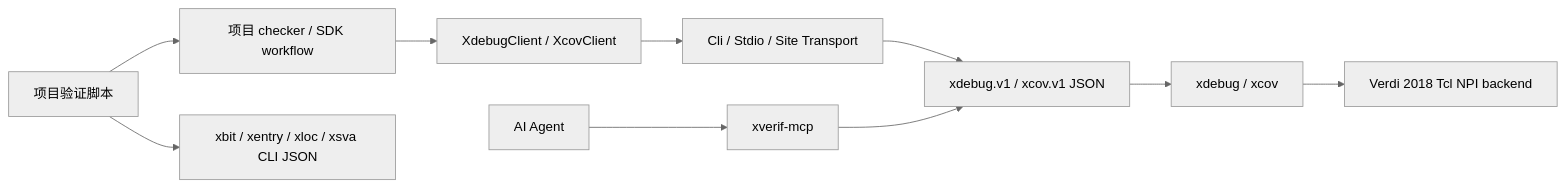
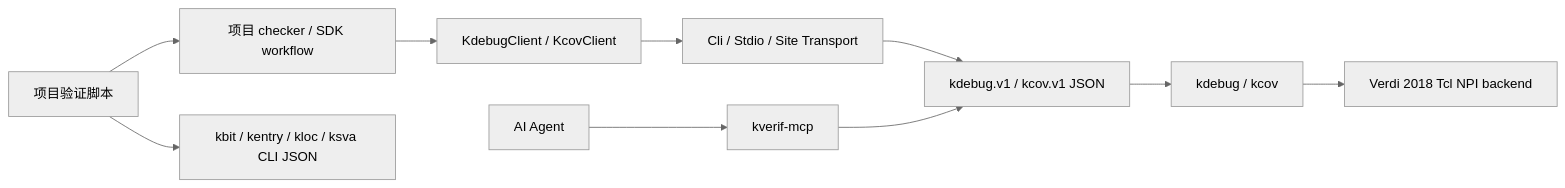
Before and after one commit to ysyx-22040210-yudian/xverif: the first of 2 diagrams in doc/secondary_development_guide.md, drawn with Mermaid (neutral theme). The commit also changed other lines of this file and 2243 other files, not shown here.

Commit message:
Rename project and tools to kverif

````diff
--- a/doc/secondary_development_guide.md
+++ b/doc/secondary_development_guide.md
@@ -42,12 +42,12 @@
 ```mermaid
 flowchart LR
     Project["项目验证脚本"] --> Workflow["项目 checker / SDK workflow"]
-    Workflow --> Client["XdebugClient / XcovClient"]
+    Workflow --> Client["KdebugClient / KcovClient"]
     Client --> Transport["Cli / Stdio / Site Transport"]
-    Transport --> Protocol["xdebug.v1 / xcov.v1 JSON"]
-    Protocol --> Tool["xdebug / xcov"]
+    Transport --> Protocol["kdebug.v1 / kcov.v1 JSON"]
+    Protocol --> Tool["kdebug / kcov"]
     Tool --> Tcl["Verdi 2018 Tcl NPI backend"]
-    Project --> Stateless["xbit / xentry / xloc / xsva CLI JSON"]
-    Agent["AI Agent"] --> MCP["xverif-mcp"]
+    Project --> Stateless["kbit / kentry / kloc / ksva CLI JSON"]
+    Agent["AI Agent"] --> MCP["kverif-mcp"]
     MCP --> Protocol
 ```
````
